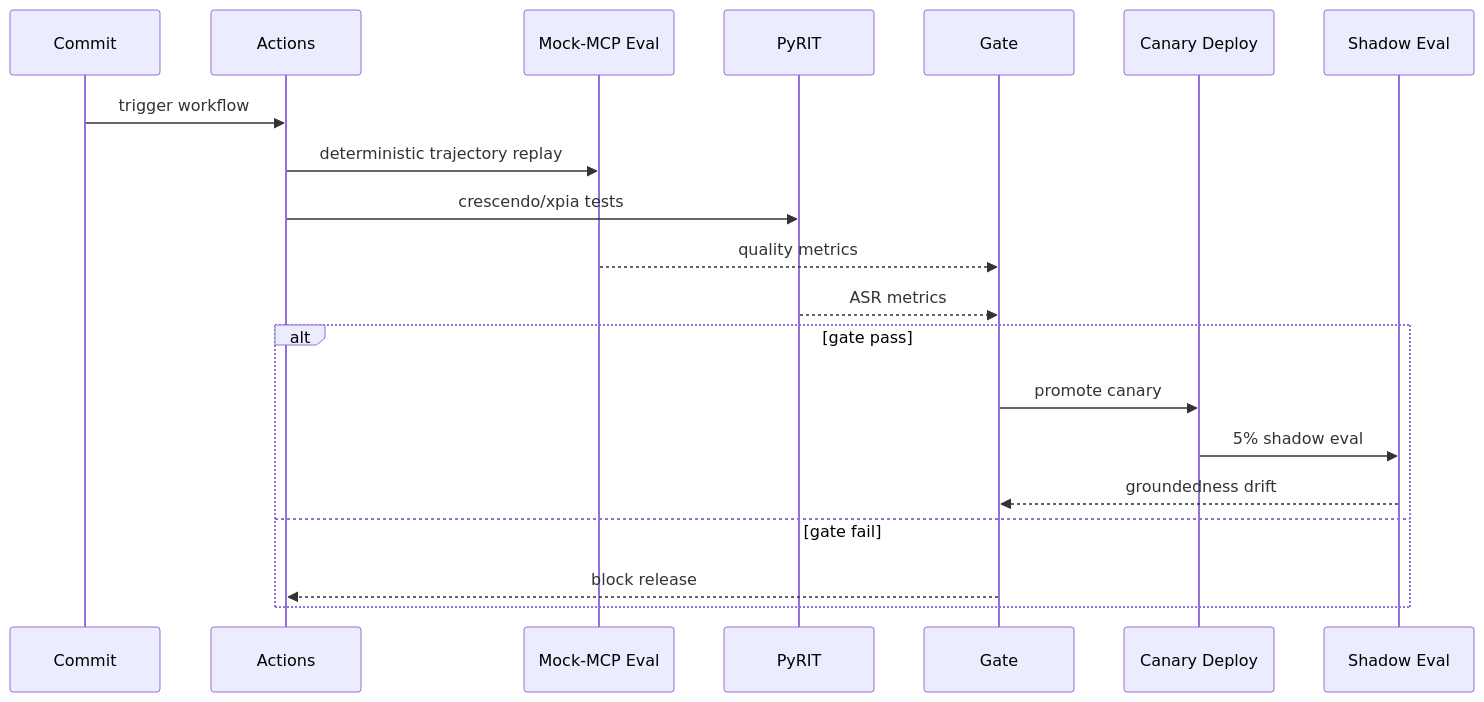
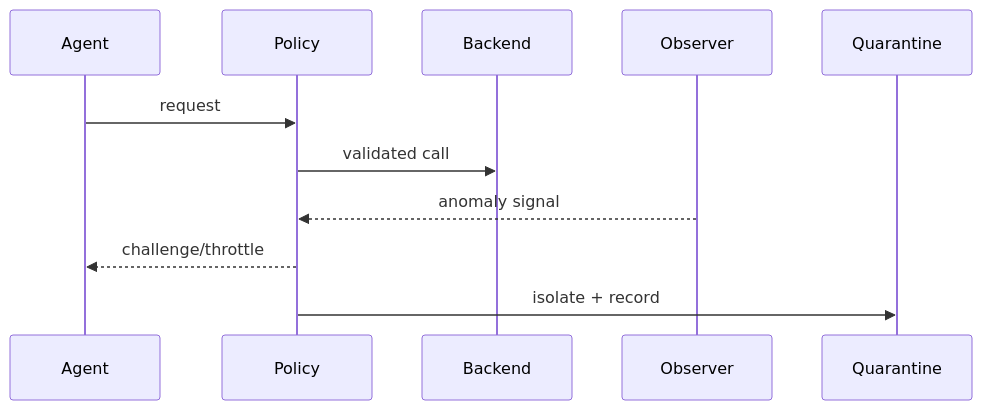
The second of 2 diagrams in workshops/azure-agent-infra/acs-aoai-realtime-webrtc-voice-agent-turn-bargein-faq-r1101.en.md (turbo998/ai-infra-lab), drawn with Mermaid before and after one commit. The commit also changed other lines of this file and 40 other files, not shown here.

````diff
--- a/workshops/azure-agent-infra/acs-aoai-realtime-webrtc-voice-agent-turn-bargein-faq-r1101.en.md
+++ b/workshops/azure-agent-infra/acs-aoai-realtime-webrtc-voice-agent-turn-bargein-faq-r1101.en.md
@@ -231,23 +146,13 @@
 ```mermaid
 sequenceDiagram
-  participant C as Commit
-  participant A as Actions
-  participant M as Mock-MCP Eval
-  participant P as PyRIT
-  participant G as Gate
-  participant D as Canary Deploy
-  participant S as Shadow Eval
-
-  C->>A: trigger workflow
-  A->>M: deterministic trajectory replay
-  A->>P: crescendo/xpia tests
-  M-->>G: quality metrics
-  P-->>G: ASR metrics
-  alt gate pass
-    G->>D: promote canary
-    D->>S: 5% shadow eval
-    S-->>G: groundedness drift
-  else gate fail
-    G-->>A: block release
-  end
+  participant A as Agent
+  participant P as Policy
+  participant B as Backend
+  participant O as Observer
+  participant Q as Quarantine
+  A->>P: request
+  P->>B: validated call
+  O-->>P: anomaly signal
+  P-->>A: challenge/throttle
+  P->>Q: isolate + record
 ```
````
